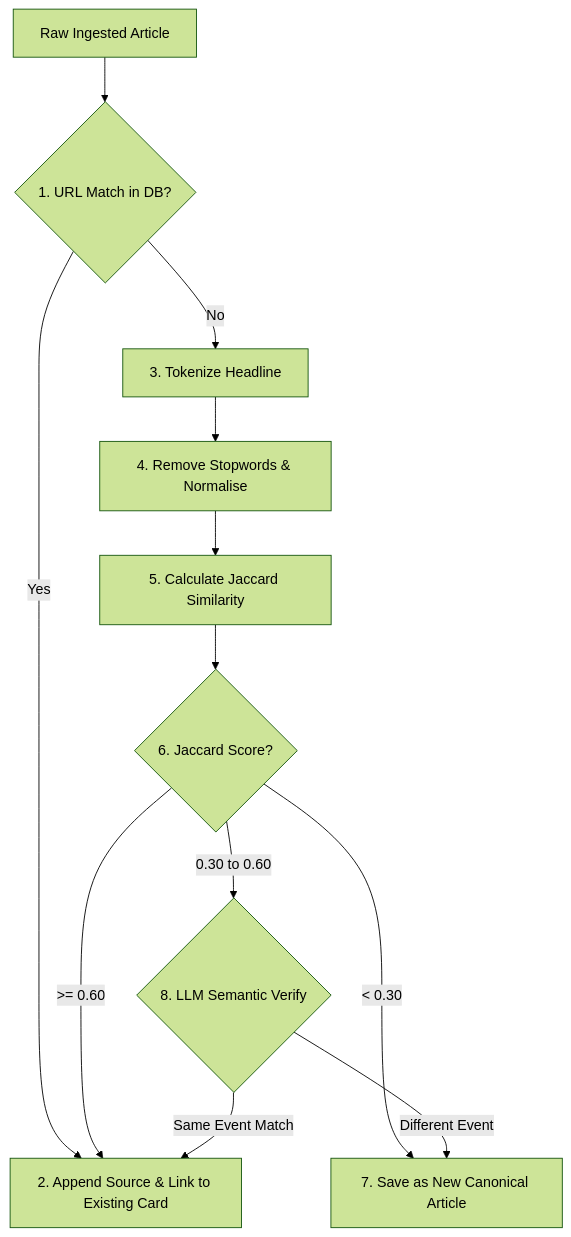
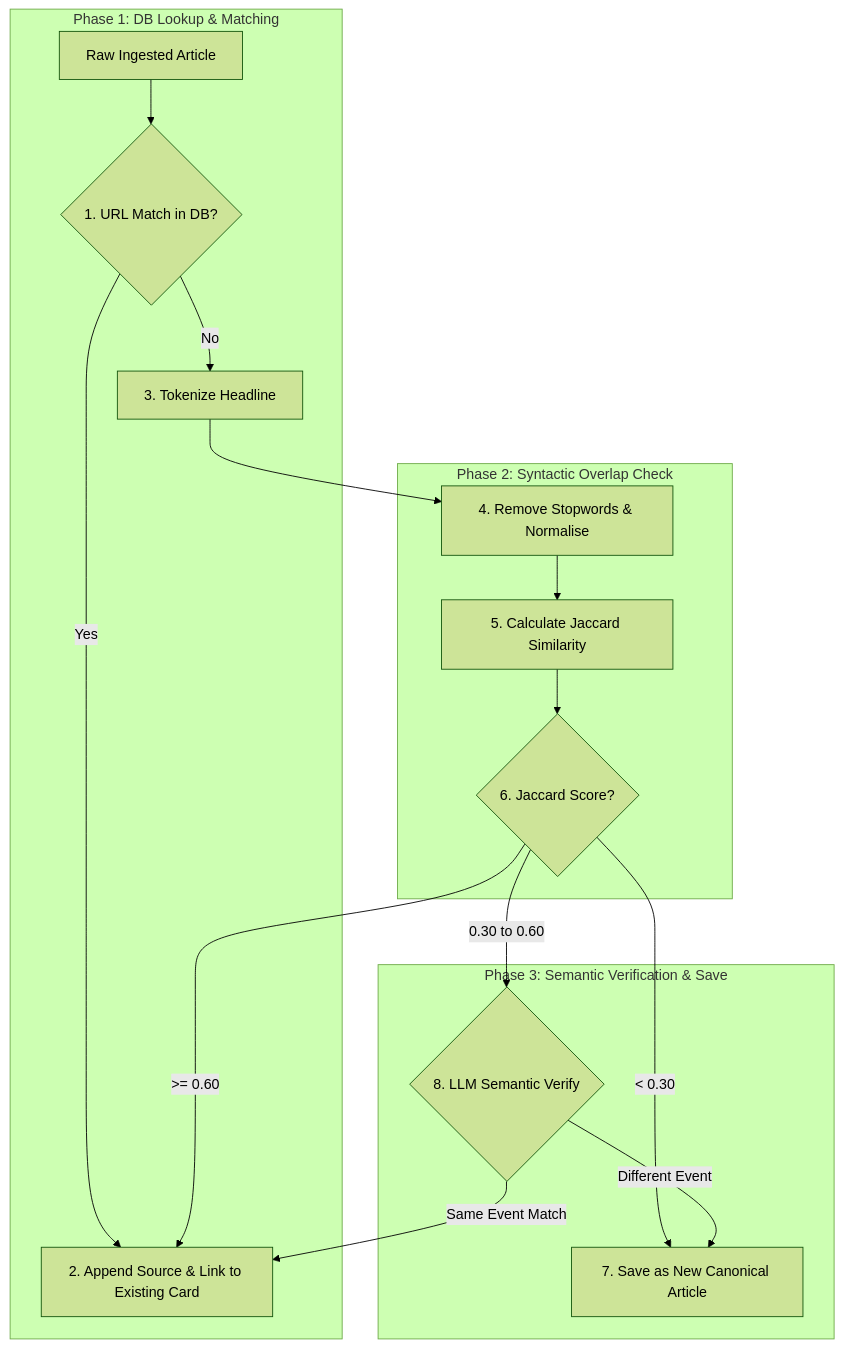
The diagram in docs/system-architecture/processing-pipeline.md (anuragbhayalprojects/startup-intelligence), drawn with Mermaid (forest theme) before and after one commit. The commit also changed 3 other files, not shown here.

Commit message:
docs: restructure all flowcharts into boxed subgraph workflow phases for enhanced visual clarity

````diff
--- a/docs/system-architecture/processing-pipeline.md
+++ b/docs/system-architecture/processing-pipeline.md
@@ -11,17 +11,23 @@
 ```mermaid
-flowchart TD
-    Raw[Raw Ingested Article] --> CheckDB{1. URL Match in DB?}
-    CheckDB -->|Yes| Merge["2. Append Source & Link to Existing Card"]
-    CheckDB -->|No| Tokenizer[3. Tokenize Headline]
+flowchart TB
+    subgraph Verification["Phase 1: DB Lookup & Matching"]
+        Raw["Raw Ingested Article"] --> CheckDB{1. URL Match in DB?}
+        CheckDB -->|Yes| Merge["2. Append Source & Link to Existing Card"]
+        CheckDB -->|No| Tokenizer["3. Tokenize Headline"]
+    end
     
-    Tokenizer --> RemoveStop["4. Remove Stopwords & Normalise"]
-    RemoveStop --> CalcJaccard["5. Calculate Jaccard Similarity"]
+    subgraph JaccardCheck["Phase 2: Syntactic Overlap Check"]
+        Tokenizer --> RemoveStop["4. Remove Stopwords & Normalise"]
+        RemoveStop --> CalcJaccard["5. Calculate Jaccard Similarity"]
+        CalcJaccard --> Threshold{6. Jaccard Score?}
+    end
     
-    CalcJaccard --> Threshold{6. Jaccard Score?}
-    Threshold -->|">= 0.60"| Merge
-    Threshold -->|"< 0.30"| SaveNew["7. Save as New Canonical Article"]
-    Threshold -->|"0.30 to 0.60"| LLMCheck{8. LLM Semantic Verify}
-    
-    LLMCheck -->|Same Event Match| Merge
-    LLMCheck -->|Different Event| SaveNew
+    subgraph SemanticCheck["Phase 3: Semantic Verification & Save"]
+        Threshold -->|">= 0.60"| Merge
+        Threshold -->|"< 0.30"| SaveNew["7. Save as New Canonical Article"]
+        Threshold -->|"0.30 to 0.60"| LLMCheck{8. LLM Semantic Verify}
+        
+        LLMCheck -->|Same Event Match| Merge
+        LLMCheck -->|Different Event| SaveNew
+    end
 ```
````
